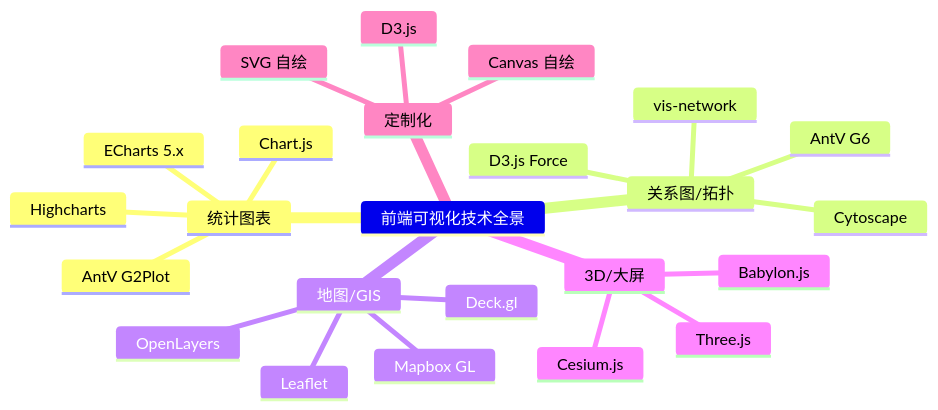
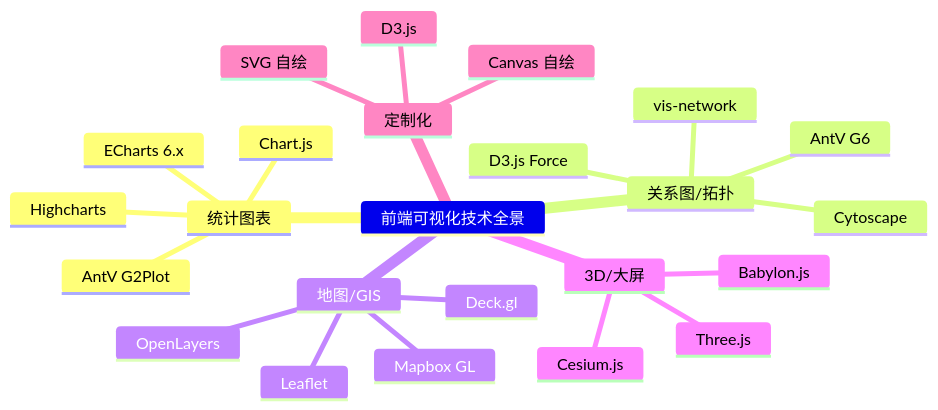
One commit to KMaybe01/interview-demo changed the second of 13 diagrams in docs/S4-面试冲刺/04-ToB前端可视化面试通关指南.md. Above: the diagram before and after it, drawn with Mermaid. The commit also changed other lines of this file and 87 other files, not shown here.

````diff
--- a/docs/S4-面试冲刺/04-ToB前端可视化面试通关指南.md
+++ b/docs/S4-面试冲刺/04-ToB前端可视化面试通关指南.md
@@ -105,27 +105,27 @@
 ```mermaid
 mindmap
   前端可视化技术全景
     统计图表
-      ECharts 5.x
+      ECharts 6.x
       AntV G2Plot
       Highcharts
       Chart.js
     关系图/拓扑
       AntV G6
       D3.js Force
       vis-network
       Cytoscape
     地图/GIS
       OpenLayers
       Mapbox GL
       Leaflet
       Deck.gl
     3D/大屏
       Three.js
       Cesium.js
       Babylon.js
     定制化
       D3.js
       Canvas 自绘
       SVG 自绘
 ```
````
